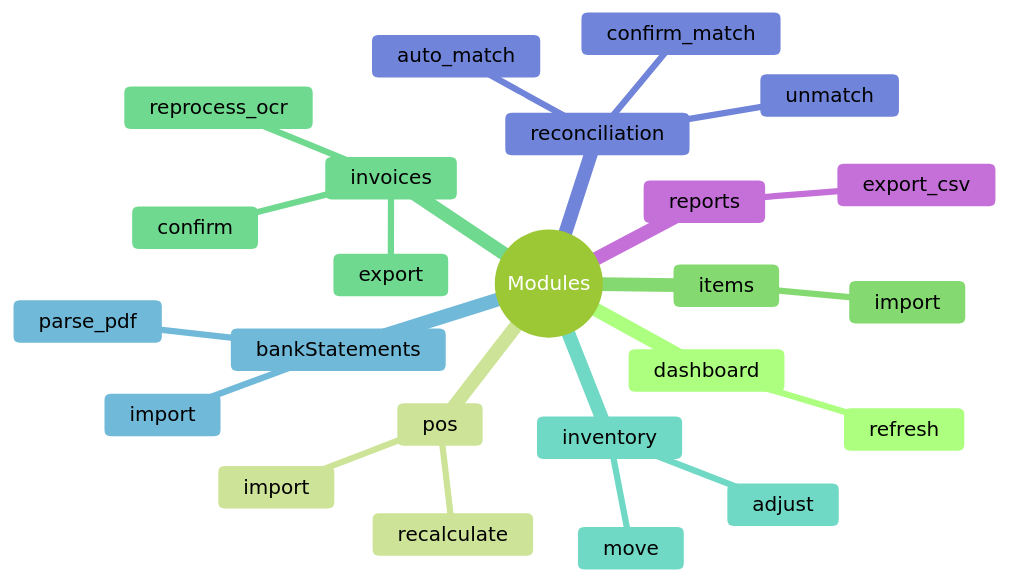
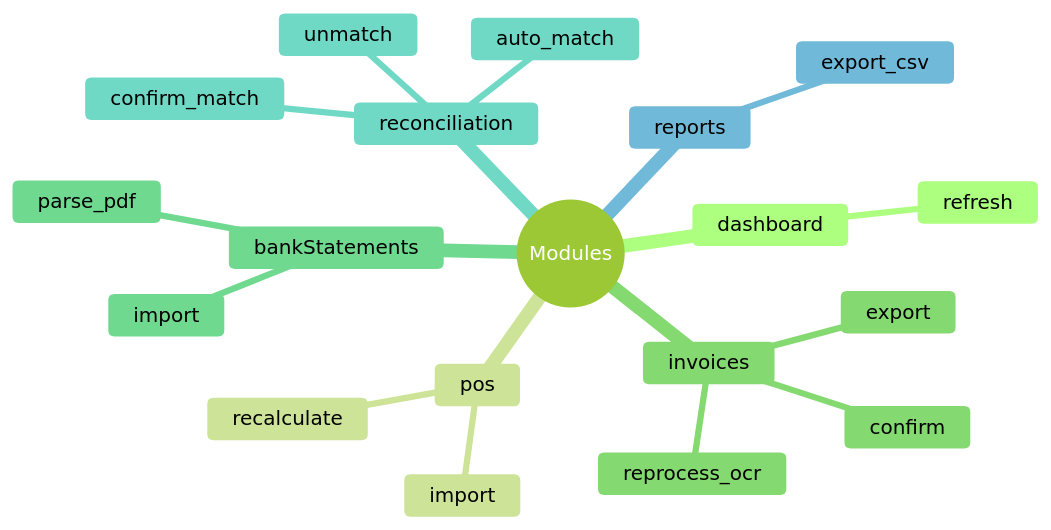
Before and after one commit to comp596-spring-2026/RetailSync: the second of 2 diagrams in docs/backend/rbac-and-security.md, drawn with Mermaid (forest theme). The commit also changed other lines of this file and 188 other files, not shown here.

````diff
--- a/docs/backend/rbac-and-security.md
+++ b/docs/backend/rbac-and-security.md
@@ -49,27 +50,22 @@
 ```mermaid
 mindmap
   root((Modules))
     dashboard
       refresh
     pos
       import
       recalculate
-    items
-      import
     invoices
       confirm
       reprocess_ocr
       export
-    inventory
-      move
-      adjust
     bankStatements
       import
       parse_pdf
     reconciliation
       auto_match
       confirm_match
       unmatch
     reports
       export_csv
 ```
````
